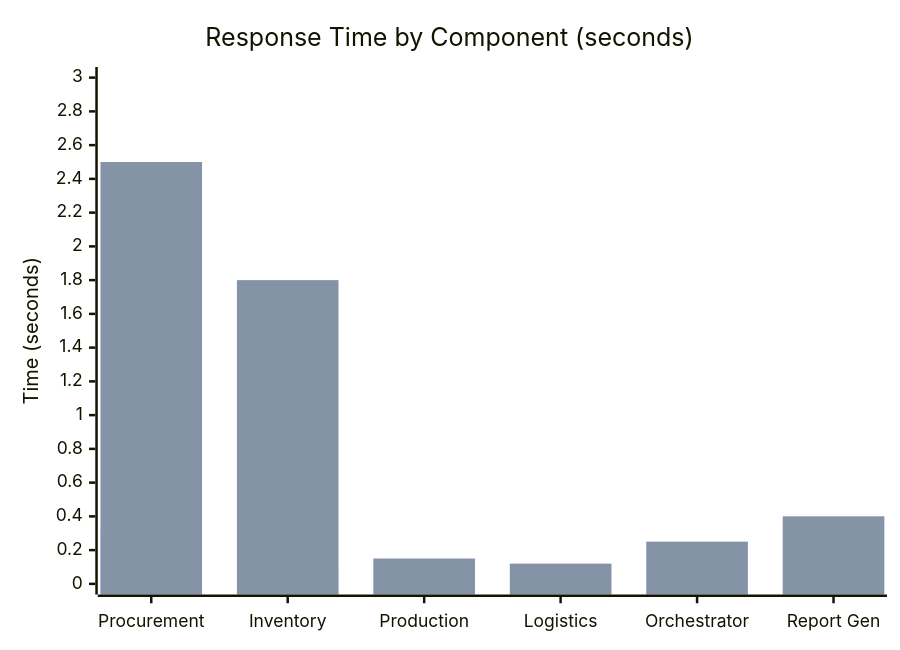
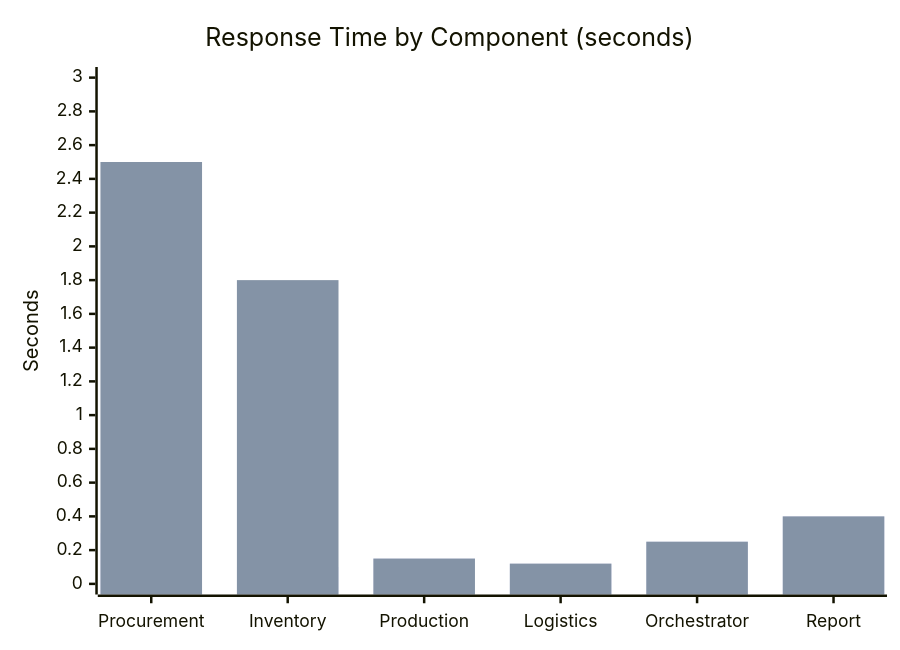
Before and after one commit to santhoshkrishnan-M/SCM-connector: the tenth of 13 diagrams in README.md, drawn with Mermaid. The commit also changed other lines of this file, not shown here.

````diff
--- a/README.md
+++ b/README.md
@@ -673,8 +489,8 @@
 ```mermaid
 xychart-beta
     title "Response Time by Component (seconds)"
-    x-axis ["Procurement", "Inventory", "Production", "Logistics", "Orchestrator", "Report Gen"]
-    y-axis "Time (seconds)" 0 --> 3
-    bar [0.3, 0.1, 0.15, 0.12, 0.25, 0.4]
-    bar [2.5, 1.8, 0.15, 0.12, 0.25, 0.4]
+    x-axis ["Procurement", "Inventory", "Production", "Logistics", "Orchestrator", "Report"]
+    y-axis "Seconds" 0 --> 3
+    bar [0.30, 0.10, 0.15, 0.12, 0.25, 0.40]
+    bar [2.50, 1.80, 0.15, 0.12, 0.25, 0.40]
 ```
````
